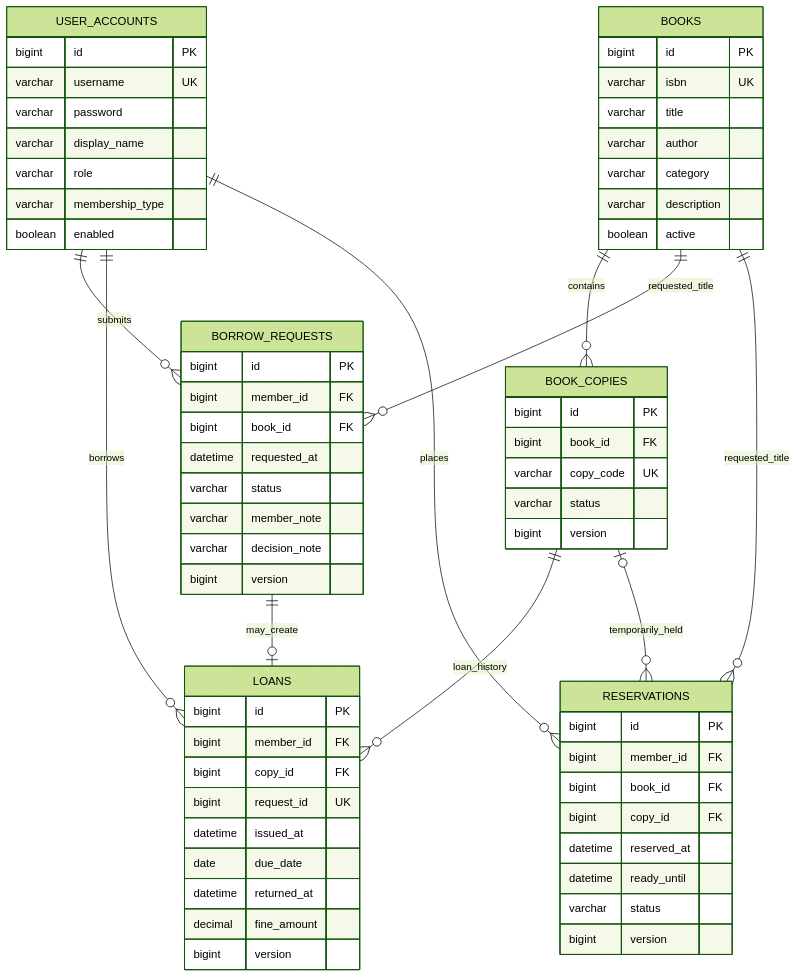
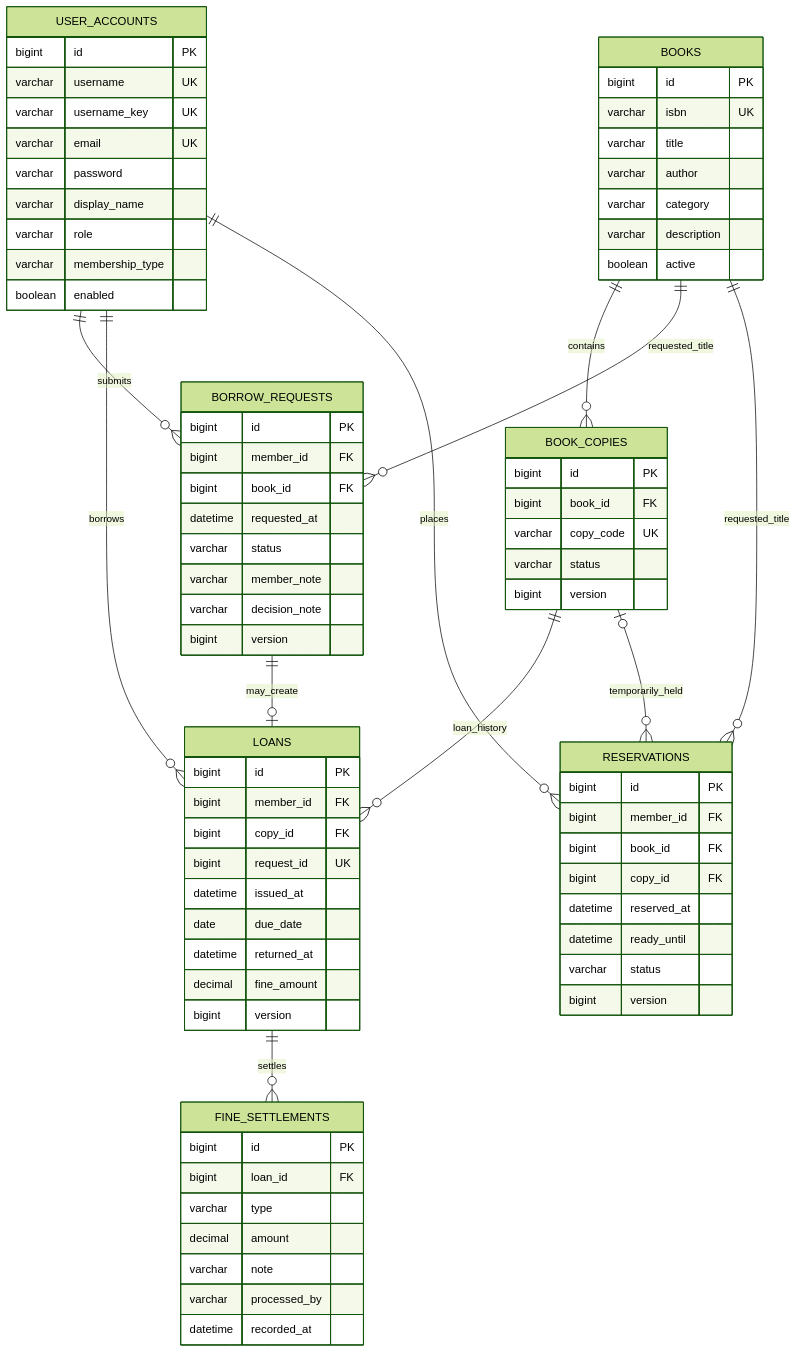
Before and after one commit to trithanh1577/261_72ITSE41704_2474802010400_E-Library: the diagram in docs/design/erd.mmd, drawn with Mermaid (forest theme). The commit also changed 86 other files, not shown here.

```diff
--- a/docs/design/erd.mmd
+++ b/docs/design/erd.mmd
@@ -1,66 +1,78 @@
 erDiagram
     USER_ACCOUNTS {
       bigint id PK
       varchar username UK
+      varchar username_key UK
+      varchar email UK
       varchar password
       varchar display_name
       varchar role
       varchar membership_type
       boolean enabled
     }
     BOOKS {
       bigint id PK
       varchar isbn UK
       varchar title
       varchar author
       varchar category
       varchar description
       boolean active
     }
     BOOK_COPIES {
       bigint id PK
       bigint book_id FK
       varchar copy_code UK
       varchar status
       bigint version
     }
     BORROW_REQUESTS {
       bigint id PK
       bigint member_id FK
       bigint book_id FK
       datetime requested_at
       varchar status
       varchar member_note
       varchar decision_note
       bigint version
     }
     LOANS {
       bigint id PK
       bigint member_id FK
       bigint copy_id FK
       bigint request_id UK
       datetime issued_at
       date due_date
       datetime returned_at
       decimal fine_amount
       bigint version
     }
+    FINE_SETTLEMENTS {
+      bigint id PK
+      bigint loan_id FK
+      varchar type
+      decimal amount
+      varchar note
+      varchar processed_by
+      datetime recorded_at
+    }
     RESERVATIONS {
       bigint id PK
       bigint member_id FK
       bigint book_id FK
       bigint copy_id FK
       datetime reserved_at
       datetime ready_until
       varchar status
       bigint version
     }
     BOOKS ||--o{ BOOK_COPIES : contains
     USER_ACCOUNTS ||--o{ BORROW_REQUESTS : submits
     BOOKS ||--o{ BORROW_REQUESTS : requested_title
     USER_ACCOUNTS ||--o{ LOANS : borrows
     BOOK_COPIES ||--o{ LOANS : loan_history
     BORROW_REQUESTS ||--o| LOANS : may_create
+    LOANS ||--o{ FINE_SETTLEMENTS : settles
     USER_ACCOUNTS ||--o{ RESERVATIONS : places
     BOOKS ||--o{ RESERVATIONS : requested_title
     BOOK_COPIES o|--o{ RESERVATIONS : temporarily_held
```
